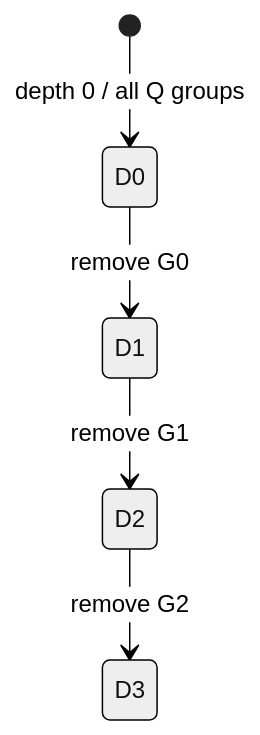
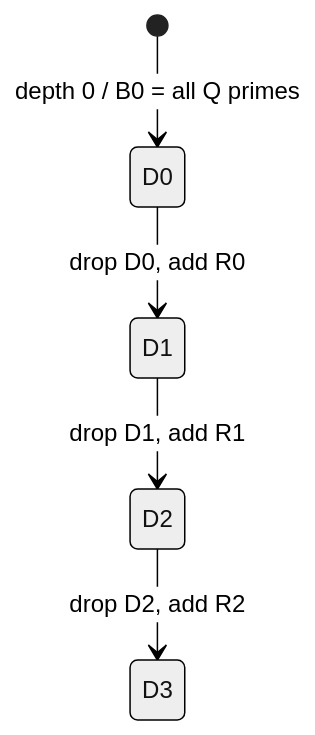
The diagram in docs/concepts/ckks/context-and-modulus-chain.md (visualDust/fhelium), drawn with Mermaid (neutral theme) before and after one commit. The commit also changed other lines of this file and 439 other files, not shown here.

````diff
--- a/docs/concepts/ckks/context-and-modulus-chain.md
+++ b/docs/concepts/ckks/context-and-modulus-chain.md
@@ -138,7 +161,7 @@
 ```mermaid
 stateDiagram-v2
-    [*] --> D0: depth 0 / all Q groups
-    D0 --> D1: remove G0
-    D1 --> D2: remove G1
-    D2 --> D3: remove G2
+    [*] --> D0: depth 0 / B0 = all Q primes
+    D0 --> D1: drop D0, add R0
+    D1 --> D2: drop D1, add R1
+    D2 --> D3: drop D2, add R2
 ```
````
